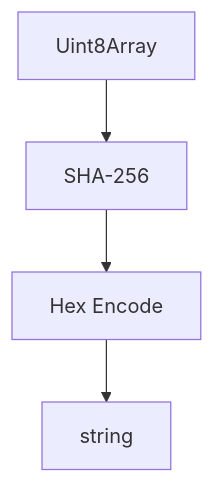
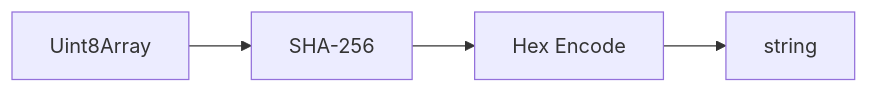
Before and after one commit to o2alexanderfedin/angular-cas-disot: the fourth of 6 diagrams in docs/api/services.md, drawn with Mermaid. The commit also changed other lines of this file, not shown here.

First line of the commit message:
docs: optimize diagram orientations for better readability

````diff
--- a/docs/api/services.md
+++ b/docs/api/services.md
@@ -227,11 +217,6 @@
 ```mermaid
-graph TD
-    INPUT[Uint8Array]
-    SHA256[SHA-256]
-    HEX[Hex Encode]
-    OUTPUT[string]
-    
-    INPUT --> SHA256
-    SHA256 --> HEX
-    HEX --> OUTPUT
+graph LR
+    INPUT[Uint8Array] --> SHA256[SHA-256]
+    SHA256 --> HEX[Hex Encode]
+    HEX --> OUTPUT[string]
 ```
````
